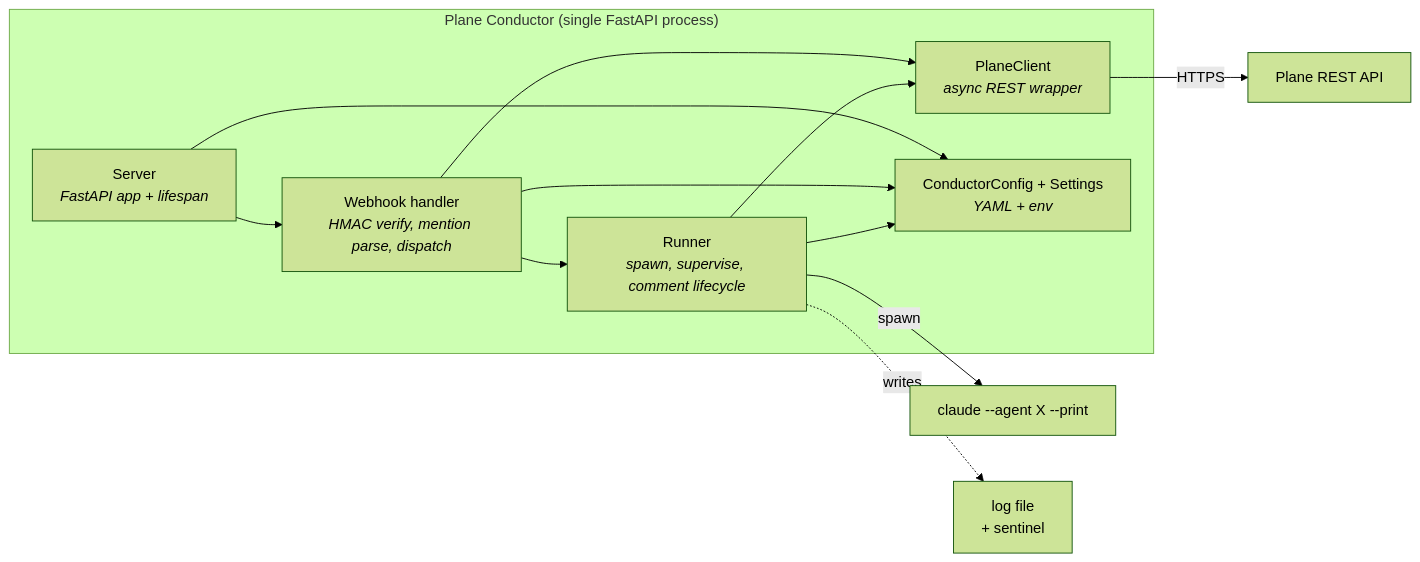
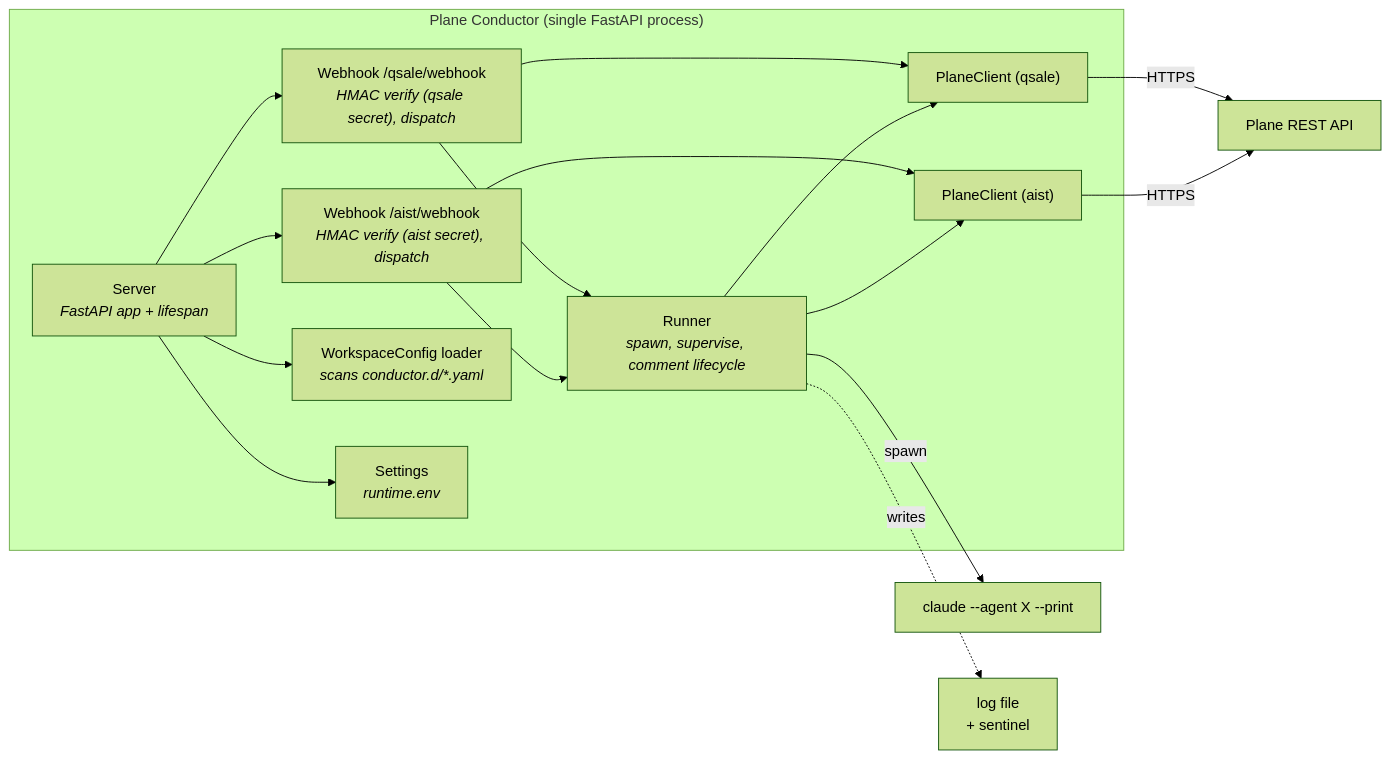
The second of 2 diagrams in docs/architecture.md (volodchenkov/plane-conductor), drawn with Mermaid (forest theme) before and after one commit. The commit also changed other lines of this file and 30 other files, not shown here.

````diff
--- a/docs/architecture.md
+++ b/docs/architecture.md
@@ -60,22 +67,29 @@
 ```mermaid
 flowchart LR
     subgraph Conductor["Plane Conductor (single FastAPI process)"]
         Server["Server<br/><i>FastAPI app + lifespan</i>"]
-        Webhook["Webhook handler<br/><i>HMAC verify, mention parse, dispatch</i>"]
+        WebhookA["Webhook /qsale/webhook<br/><i>HMAC verify (qsale secret), dispatch</i>"]
+        WebhookB["Webhook /aist/webhook<br/><i>HMAC verify (aist secret), dispatch</i>"]
         Runner["Runner<br/><i>spawn, supervise, comment lifecycle</i>"]
-        PlaneClient["PlaneClient<br/><i>async REST wrapper</i>"]
-        Config["ConductorConfig + Settings<br/><i>YAML + env</i>"]
+        PlaneA["PlaneClient (qsale)"]
+        PlaneB["PlaneClient (aist)"]
+        Loader["WorkspaceConfig loader<br/><i>scans conductor.d/*.yaml</i>"]
+        Settings["Settings<br/><i>runtime.env</i>"]
     end
 
-    Server --> Webhook
-    Webhook --> Runner
-    Webhook --> PlaneClient
-    Runner --> PlaneClient
-    Server --> Config
-    Webhook --> Config
-    Runner --> Config
+    Server --> WebhookA
+    Server --> WebhookB
+    Server --> Loader
+    Server --> Settings
+    WebhookA --> Runner
+    WebhookB --> Runner
+    WebhookA --> PlaneA
+    WebhookB --> PlaneB
+    Runner --> PlaneA
+    Runner --> PlaneB
 
     Runner -->|spawn| Subprocess["claude --agent X --print"]
     Runner -. writes .-> Log["log file<br/>+ sentinel"]
-    PlaneClient -->|HTTPS| PlaneREST["Plane REST API"]
+    PlaneA -->|HTTPS| PlaneREST["Plane REST API"]
+    PlaneB -->|HTTPS| PlaneREST
 ```
````
